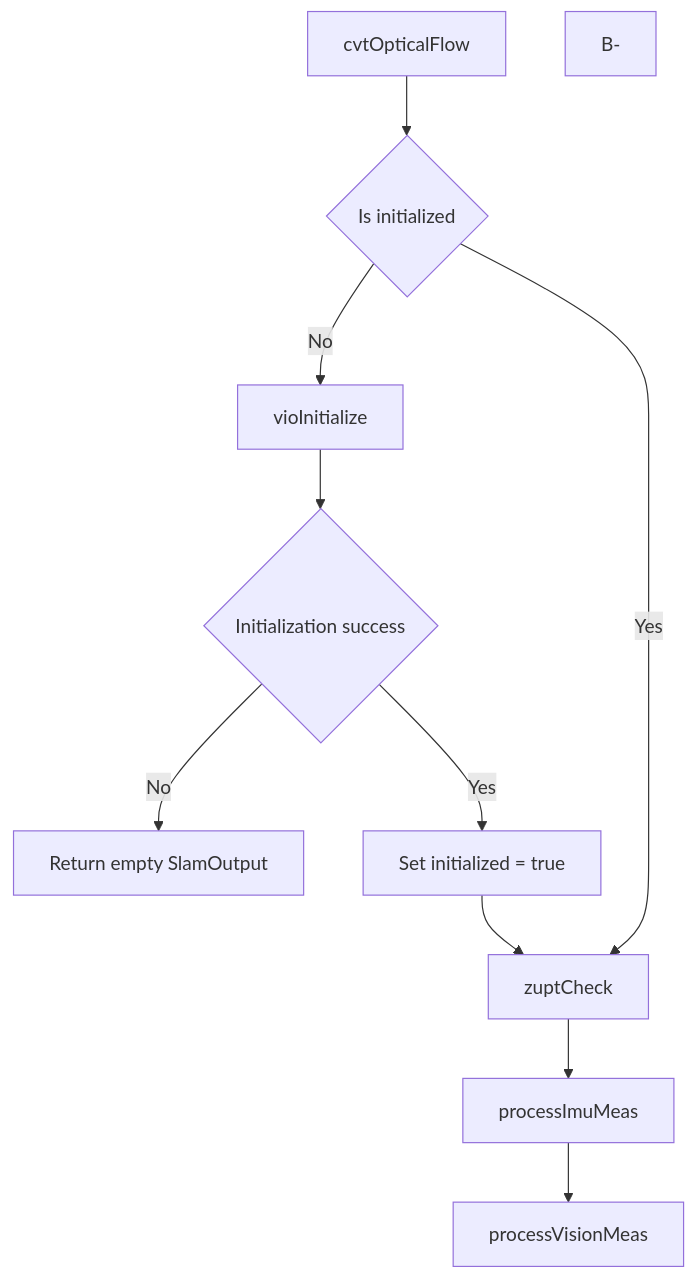
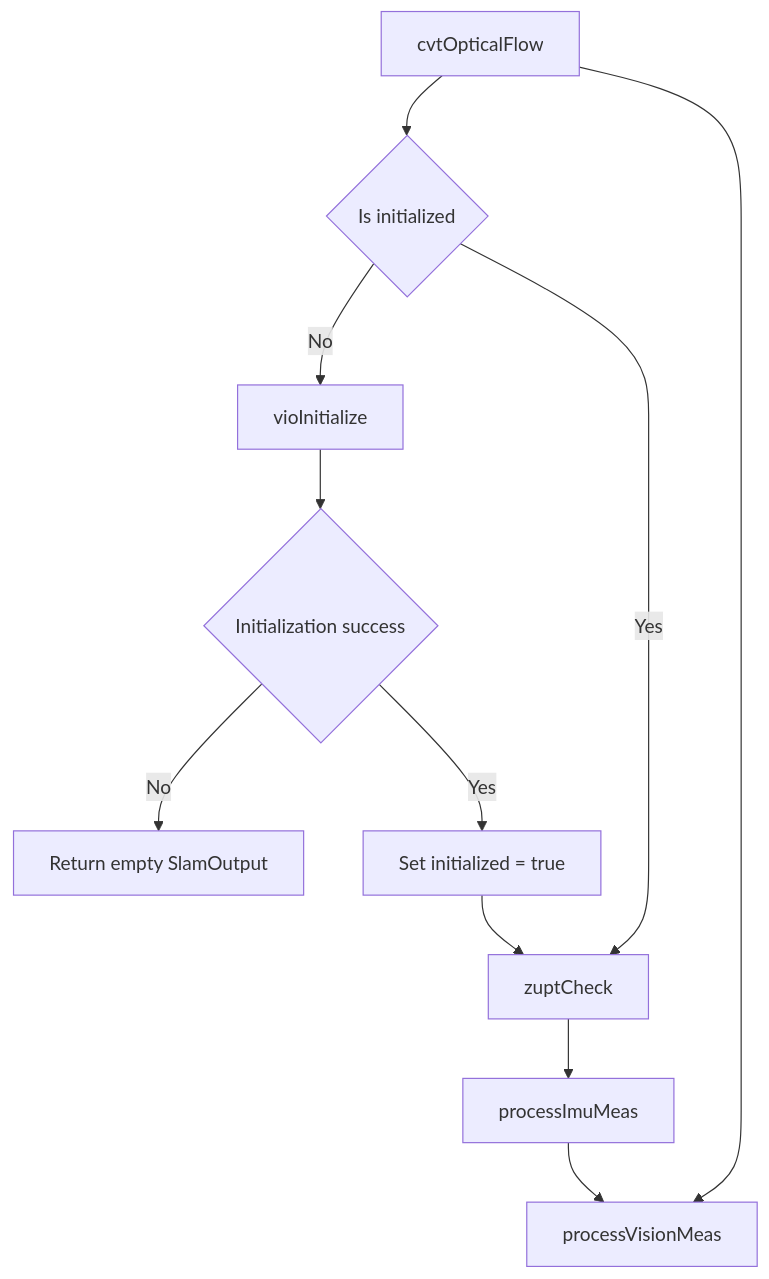
One commit to huzixuan1/iodraw-files changed the diagram in all/未命名-3.md. Above: the diagram before and after it, drawn with Mermaid.

Commit message:
2025-04-21 19:09:58 update

````diff
--- a/all/未命名-3.md
+++ b/all/未命名-3.md
@@ -1,19 +1,19 @@
 ```mermaid
 
 graph TD
     B[cvtOpticalFlow]
     B --> C{Is initialized}
 
     C -- No --> D[vioInitialize]
     D --> E{Initialization success}
     E -- No --> F[Return empty SlamOutput]
     E -- Yes --> G[Set initialized = true]
 
     C -- Yes --> H[zuptCheck]
 
     G --> H
     H --> I[processImuMeas]
     I --> J[processVisionMeas]
-    B-
+    B --> J
 
 ```
````
